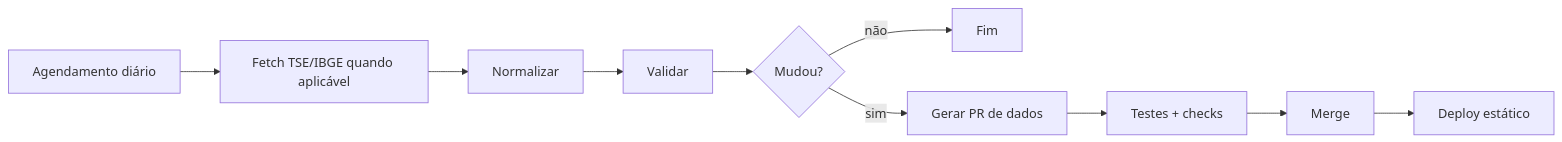
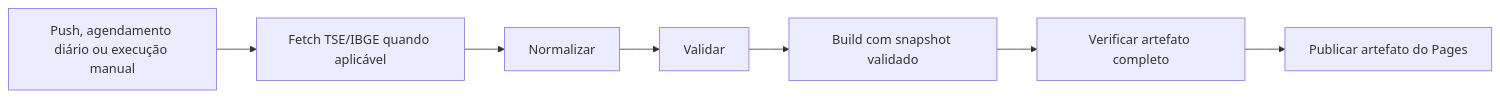
Before and after one commit to PredoCampos/minha-colinha: the fourth of 4 diagrams in docs/03-arquitetura.md, drawn with Mermaid. The commit also changed other lines of this file and 8 other files, not shown here.

Commit message:
chore(ci): generate TSE snapshot during deploy

````diff
--- a/docs/03-arquitetura.md
+++ b/docs/03-arquitetura.md
@@ -192,12 +192,9 @@
 ```mermaid
 flowchart LR
-    S[Agendamento diário] --> F[Fetch TSE/IBGE quando aplicável]
+    T[Push, agendamento diário ou execução manual] --> F[Fetch TSE/IBGE quando aplicável]
     F --> N[Normalizar]
     N --> V[Validar]
-    V --> D{Mudou?}
-    D -->|não| E[Fim]
-    D -->|sim| PR[Gerar PR de dados]
-    PR --> CI[Testes + checks]
-    CI --> M[Merge]
-    M --> DEP[Deploy estático]
+    V --> B[Build com snapshot validado]
+    B --> A[Verificar artefato completo]
+    A --> DEP[Publicar artefato do Pages]
 ```
````
